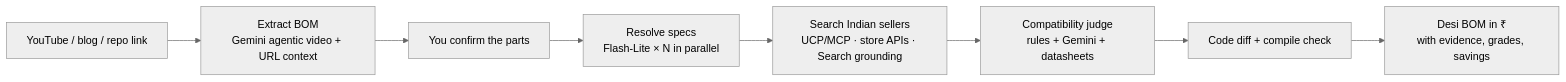
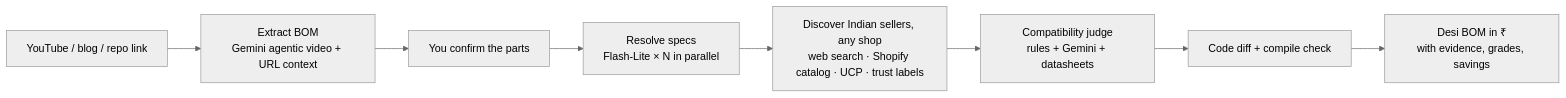
The diagram in README.md (Dawn-Of-Justice/bharat-sourcer), drawn with Mermaid (neutral theme) before and after one commit. The commit also changed other lines of this file and 19 other files, not shown here.

````diff
--- a/README.md
+++ b/README.md
@@ -35,10 +35,10 @@
 ```mermaid
 flowchart LR
   A[YouTube / blog / repo link] --> B[Extract BOM<br/>Gemini agentic video + URL context]
   B --> C[You confirm the parts]
   C --> D[Resolve specs<br/>Flash-Lite × N in parallel]
-  D --> E[Search Indian sellers<br/>UCP/MCP · store APIs · Search grounding]
+  D --> E[Discover Indian sellers, any shop<br/>web search · Shopify catalog · UCP · trust labels]
   E --> F[Compatibility judge<br/>rules + Gemini + datasheets]
   F --> G[Code diff + compile check]
   G --> H[Desi BOM in ₹<br/>with evidence, grades, savings]
 ```
````
